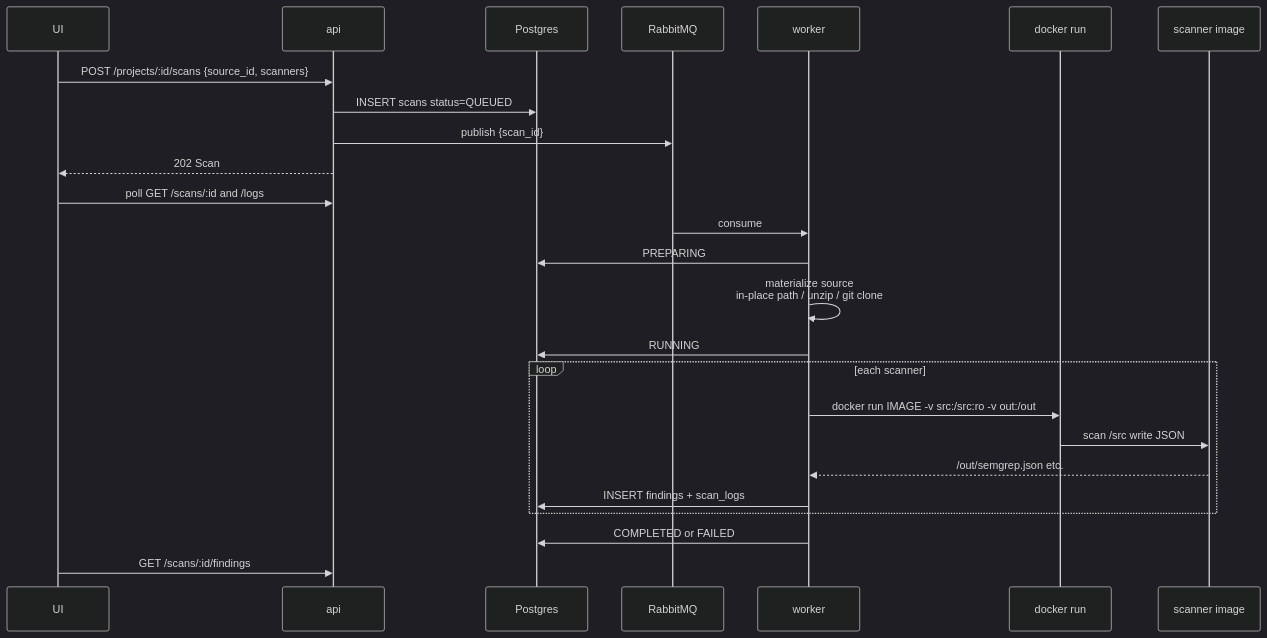
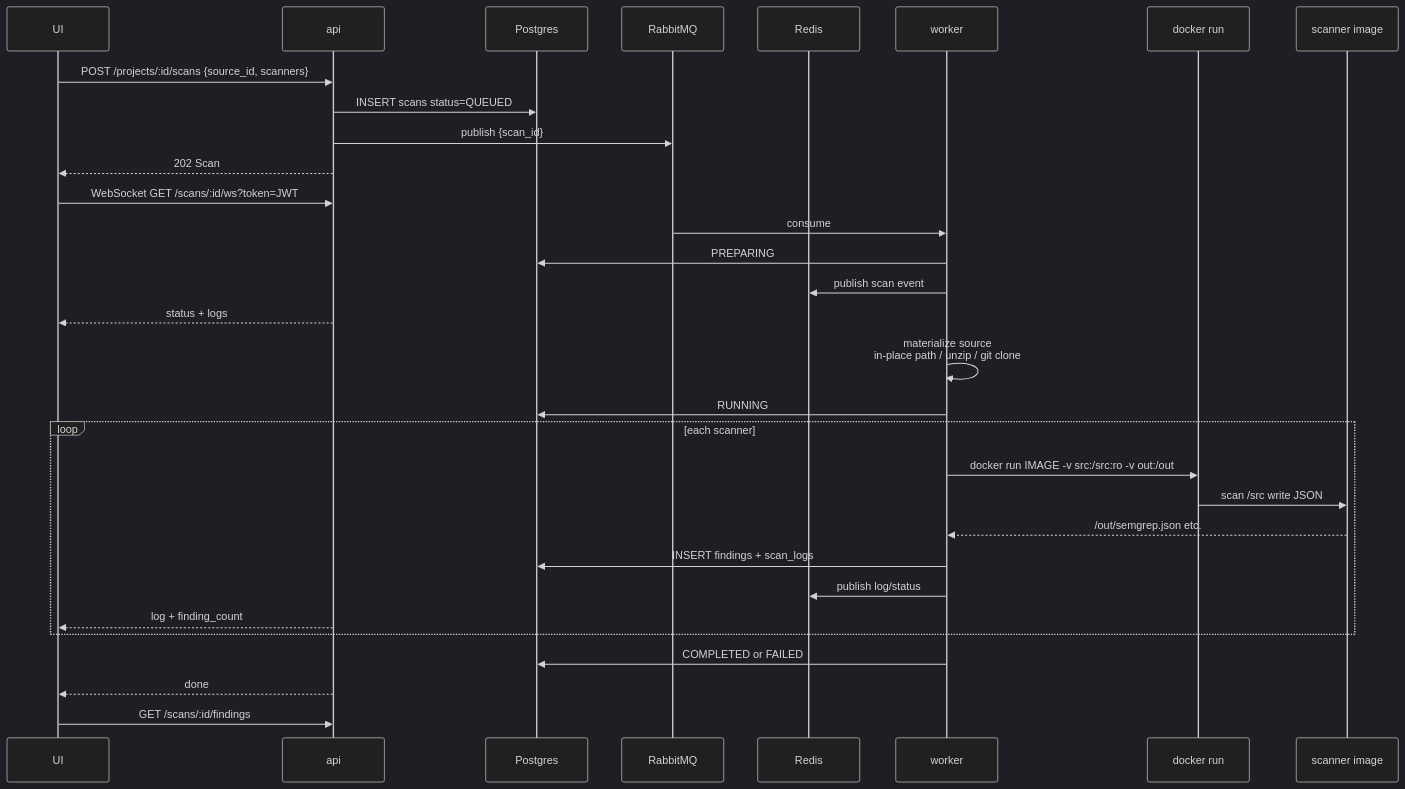
One commit to BugCodeLabs/BugCodeShield changed the fourth of 6 diagrams in docs/data-flow.md. Above: the diagram before and after it, drawn with Mermaid (dark theme). The commit also changed other lines of this file and 21 other files, not shown here.

````diff
--- a/docs/data-flow.md
+++ b/docs/data-flow.md
@@ -83,31 +87,37 @@
 ```mermaid
 sequenceDiagram
   participant U as UI
   participant A as api
   participant P as Postgres
   participant Q as RabbitMQ
+  participant R as Redis
   participant W as worker
   participant D as docker run
   participant S as scanner image
 
   U->>A: POST /projects/:id/scans {source_id, scanners}
   A->>P: INSERT scans status=QUEUED
   A->>Q: publish {scan_id}
   A-->>U: 202 Scan
-  U->>A: poll GET /scans/:id and /logs
+  U->>A: WebSocket GET /scans/:id/ws?token=JWT
 
   Q->>W: consume
   W->>P: PREPARING
+  W->>R: publish scan event
+  A-->>U: status + logs
   W->>W: materialize source<br/>in-place path / unzip / git clone
   W->>P: RUNNING
 
   loop each scanner
     W->>D: docker run IMAGE -v src:/src:ro -v out:/out
     D->>S: scan /src write JSON
     S-->>W: /out/semgrep.json etc.
     W->>P: INSERT findings + scan_logs
+    W->>R: publish log/status
+    A-->>U: log + finding_count
   end
 
   W->>P: COMPLETED or FAILED
+  A-->>U: done
   U->>A: GET /scans/:id/findings
 ```
````
